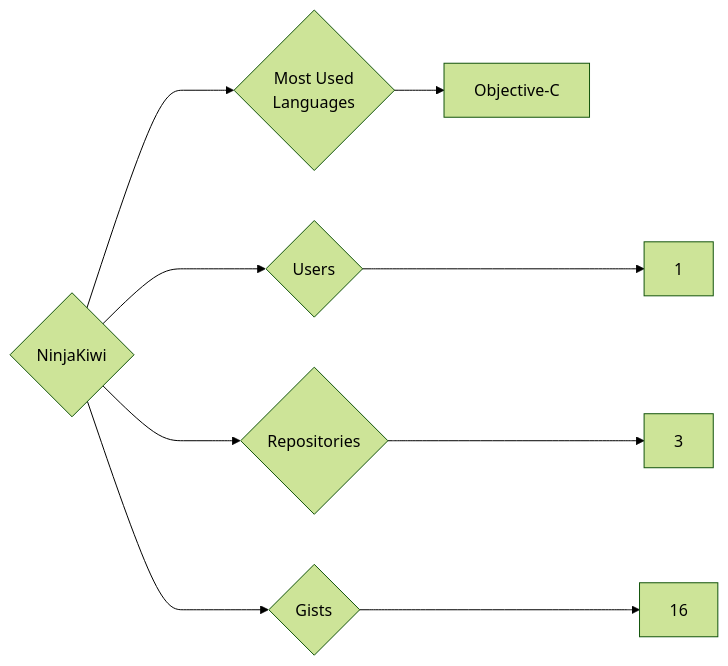
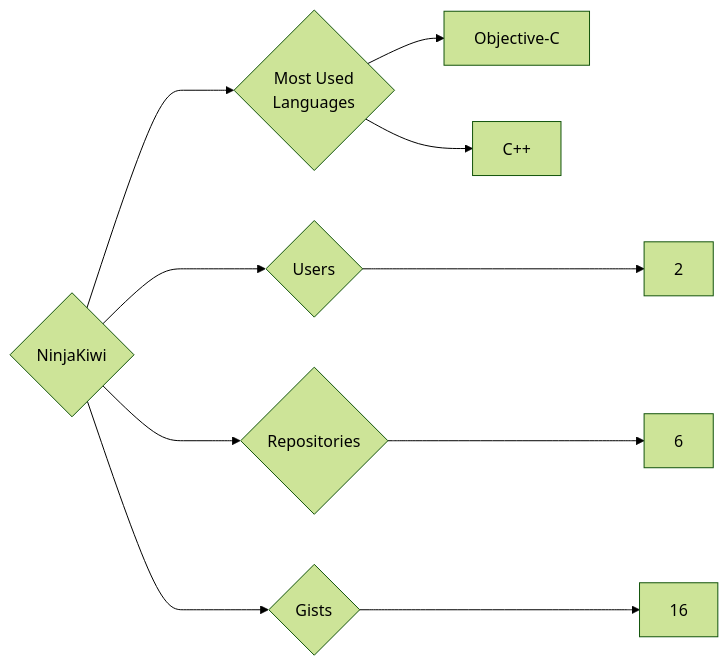
The diagram in targets/NinjaKiwi/README.md (trickest/insiders), drawn with Mermaid (forest theme) before and after one commit. The commit also changed 773 other files, not shown here.

````diff
--- a/targets/NinjaKiwi/README.md
+++ b/targets/NinjaKiwi/README.md
@@ -3,9 +3,10 @@
 ```mermaid
 graph LR
 COMPANY_NAME{NinjaKiwi}
-COMPANY_NAME ---> U{Users} ---> UN[1]
-COMPANY_NAME ---> R{Repositories} ---> RN[3]
+COMPANY_NAME ---> U{Users} ---> UN[2]
+COMPANY_NAME ---> R{Repositories} ---> RN[6]
 COMPANY_NAME ---> G{Gists} ---> GN[16]
 COMPANY_NAME ---> ML{Most Used<br>Languages}
 ML --> Objective-C[Objective-C]
+ML --> C++[C++]
 ```
````
